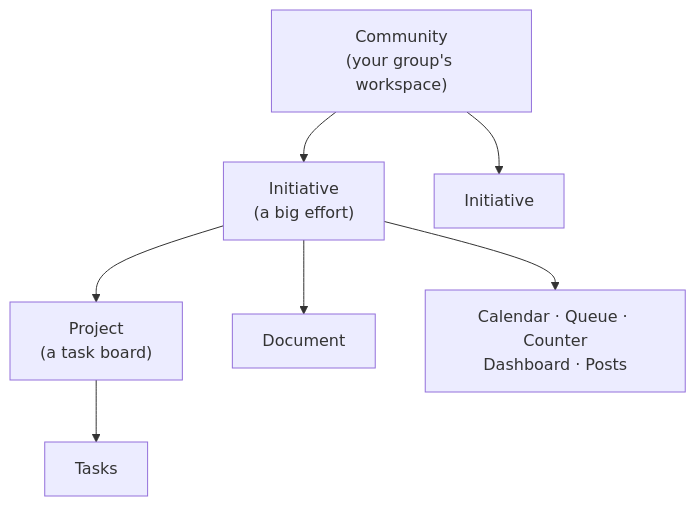
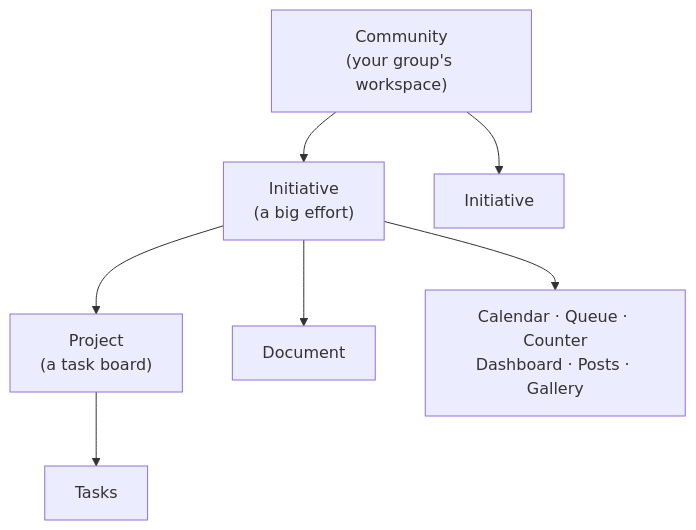
The diagram in docs/en/concepts/index.md (Morelitea/initiative), drawn with Mermaid before and after one commit. The commit also changed other lines of this file and 147 other files, not shown here.

````diff
--- a/docs/en/concepts/index.md
+++ b/docs/en/concepts/index.md
@@ -11,17 +11,17 @@
 ```mermaid
 graph TD
   G["Community<br/>(your group's workspace)"]
   I1["Initiative<br/>(a big effort)"]
   I2["Initiative"]
   P1["Project<br/>(a task board)"]
   D1["Document"]
-  T1["Calendar · Queue · Counter<br/>Dashboard · Posts"]
+  T1["Calendar · Queue · Counter<br/>Dashboard · Posts · Gallery"]
   TASK["Tasks"]
 
   G --> I1
   G --> I2
   I1 --> P1
   I1 --> D1
   I1 --> T1
   P1 --> TASK
 ```
````
